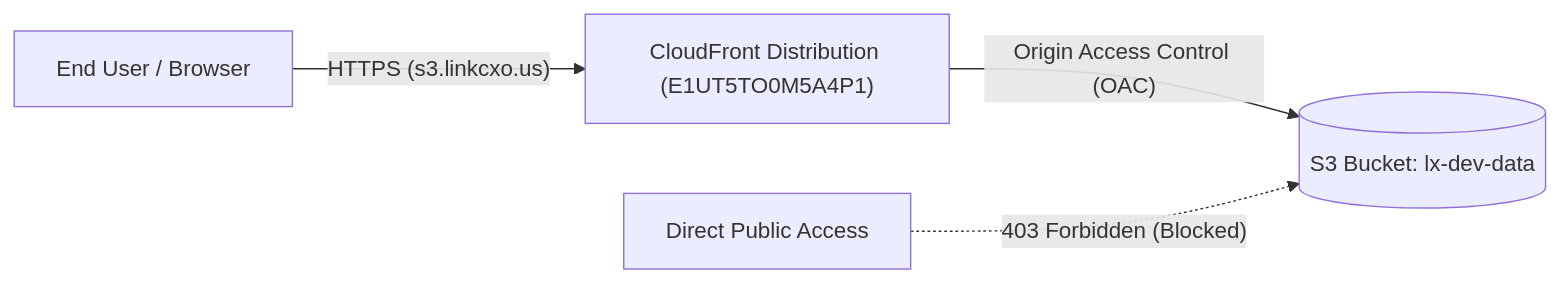
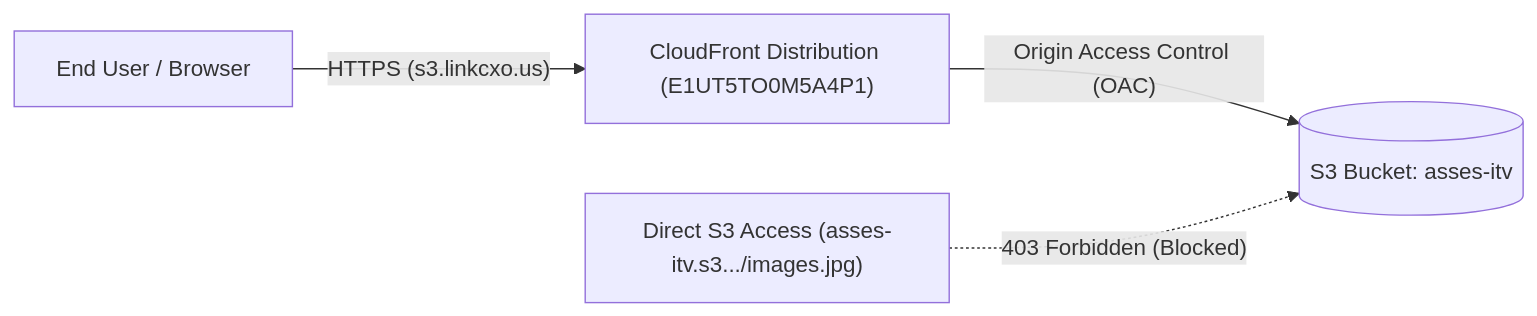
Before and after one commit to Sphere-in/Assignment-itvedant: the second of 3 diagrams in README.md, drawn with Mermaid. The commit also changed other lines of this file and 7 other files, not shown here.

````diff
--- a/README.md
+++ b/README.md
@@ -67,6 +73,6 @@
 ```mermaid
 flowchart LR
     User["End User / Browser"] -->|"HTTPS (s3.linkcxo.us)"| CF["CloudFront Distribution (E1UT5TO0M5A4P1)"]
-    CF -->|"Origin Access Control (OAC)"| S3[("S3 Bucket: lx-dev-data")]
-    Public["Direct Public Access"] -.->|"403 Forbidden (Blocked)"| S3
+    CF -->|"Origin Access Control (OAC)"| S3[("S3 Bucket: asses-itv")]
+    Public["Direct S3 Access (asses-itv.s3.../images.jpg)"] -.->|"403 Forbidden (Blocked)"| S3
 ```
````
